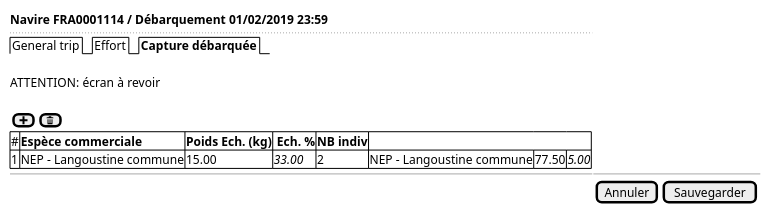
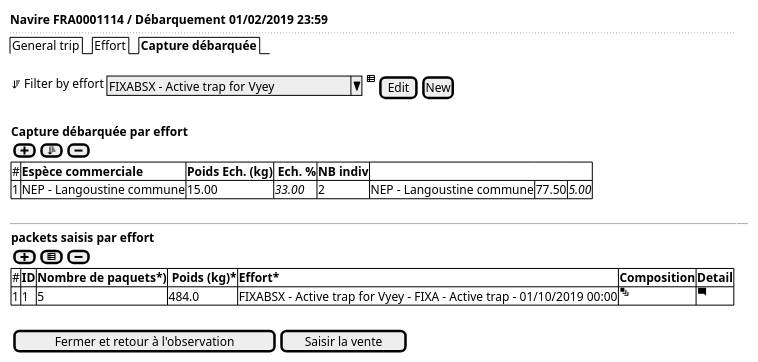
The diagram in use-case/collect/trip/landing-ui-samples.puml (sumaris-net/sumaris-doc), drawn with PlantUML before and after one commit. The commit also changed 2 other files, not shown here.

```diff
--- a/use-case/collect/trip/landing-ui-samples.puml
+++ b/use-case/collect/trip/landing-ui-samples.puml
@@ -1,21 +1,33 @@
 @startsalt
 {
   <b>Navire FRA0001114 / Débarquement 01/02/2019 23:59
   ..
   {/ General trip | Effort | <b>Capture débarquée }
   .
-  ATTENTION: écran à revoir
+  {<&sort-descending> Filter by effort | { ^FIXABSX - Active trap for Vyey^ } | <&spreadsheet> | [Edit] | [New]}
   .
-  {[<&plus>]  | [<&trash>]}
+  {
+  <b>Capture débarquée par effort
+  {[<&plus>]  | [<&sort-ascending>] | [<&minus>]}
 
   {#
   # | <b>Espèce commerciale         | <b>Poids Ech. (kg)   | <b> Ech. % | <b>NB indiv
   1 | NEP - Langoustine commune     | 15.00             | <i>33.00 |
   2 | NEP - Langoustine commune     | 77.50             | <i>5.00 |
   }
+  }
+  .
+  -- | --
+  {
+  <b>packets saisis par effort
+  {[<&plus>]  | [<&spreadsheet>] | [<&minus>]}
 
-  -- | --
-
-  .                          | {[Annuler] | [Sauvegarder]}
+  {#
+  # | <b>ID | <b>Nombre de paquets*)   | <b> Poids (kg)* | <b>Effort* | <b>Composition | <b>Detail
+  1 | 1     | 5             | 484.0 | FIXABSX - Active trap for Vyey - FIXA - Active trap - 01/10/2019 00:00 | <&layers> | <&comment-square>
+  }
+  }
+  .
+  {{[Fermer et retour à l'observation] | [Saisir la vente]}}
 }
 @endsalt
```
